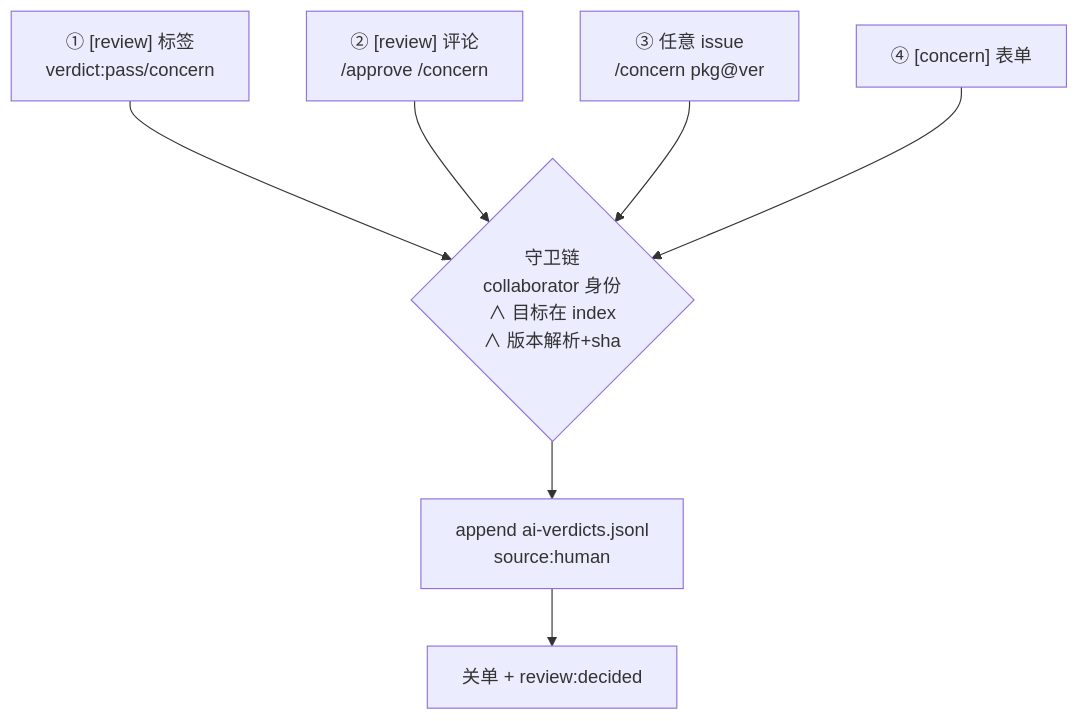
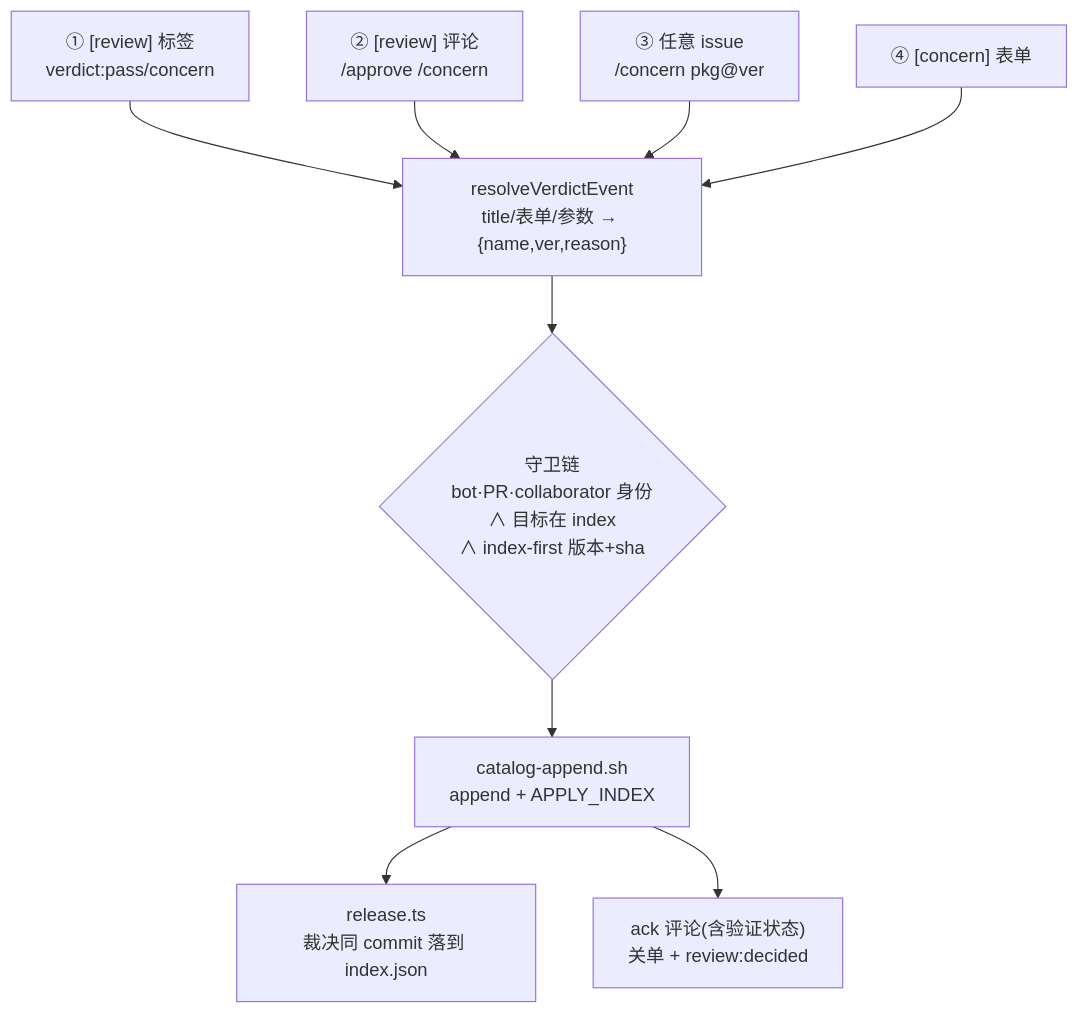
Before and after one commit to awesome-market/awesome-opencode-market: the sixth of 11 diagrams in docs/DATA-FLOWS.md, drawn with Mermaid. The commit also changed other lines of this file and 8 other files, not shown here.

````diff
--- a/docs/DATA-FLOWS.md
+++ b/docs/DATA-FLOWS.md
@@ -396,10 +448,12 @@
 ```mermaid
 flowchart TB
   C1["① [review] 标签<br/>verdict:pass/concern"]
   C2["② [review] 评论<br/>/approve  /concern"]
   C3["③ 任意 issue<br/>/concern pkg@ver"]
   C4["④ [concern] 表单"]
-  C1 & C2 & C3 & C4 --> G{"守卫链<br/>collaborator 身份<br/>∧ 目标在 index<br/>∧ 版本解析+sha"}
-  G --> APP["append ai-verdicts.jsonl<br/>source:human"]
-  APP --> CLOSE["关单 + review:decided"]
+  C1 & C2 & C3 & C4 --> HV["resolveVerdictEvent<br/>title/表单/参数 → {name,ver,reason}"]
+  HV --> G{"守卫链<br/>bot·PR·collaborator 身份<br/>∧ 目标在 index<br/>∧ index-first 版本+sha"}
+  G --> APP["catalog-append.sh<br/>append + APPLY_INDEX"]
+  APP --> REL["release.ts<br/>裁决同 commit 落到 index.json"]
+  APP --> CLOSE["ack 评论(含验证状态)<br/>关单 + review:decided"]
 ```
````
